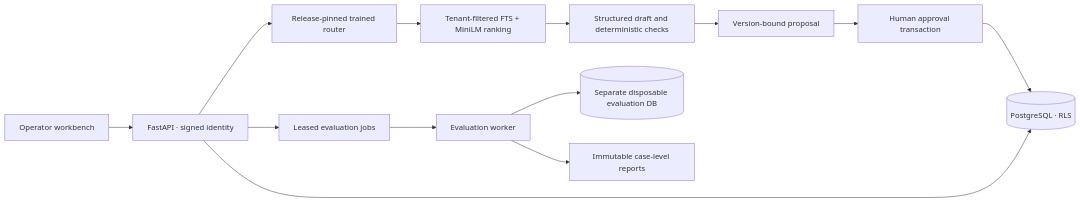
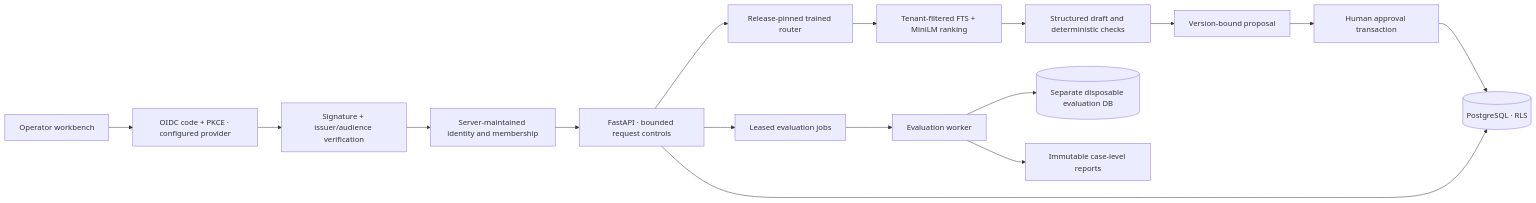
The diagram in docs/ARCHITECTURE.md (nirajmohabey/resolvelab), drawn with Mermaid before and after one commit. The commit also changed other lines of this file and 241 other files, not shown here.

````diff
--- a/docs/ARCHITECTURE.md
+++ b/docs/ARCHITECTURE.md
@@ -5,15 +5,18 @@
 ```mermaid
 flowchart LR
-  UI[Operator workbench] --> API[FastAPI · signed identity]
+  UI[Operator workbench] --> IdP[OIDC code + PKCE · configured provider]
+  IdP --> Identity[Signature + issuer/audience verification]
+  Identity --> Membership[Server-maintained identity and membership]
+  Membership --> API[FastAPI · bounded request controls]
   API --> Route[Release-pinned trained router]
   Route --> Search[Tenant-filtered FTS + MiniLM ranking]
   Search --> Draft[Structured draft and deterministic checks]
   Draft --> Proposal[Version-bound proposal]
   Proposal --> Approval[Human approval transaction]
   Approval --> PG[(PostgreSQL · RLS)]
   API --> PG
   API --> Queue[Leased evaluation jobs]
   Queue --> Worker[Evaluation worker]
   Worker --> Eval[(Separate disposable evaluation DB)]
   Worker --> Reports[Immutable case-level reports]
 ```
````
